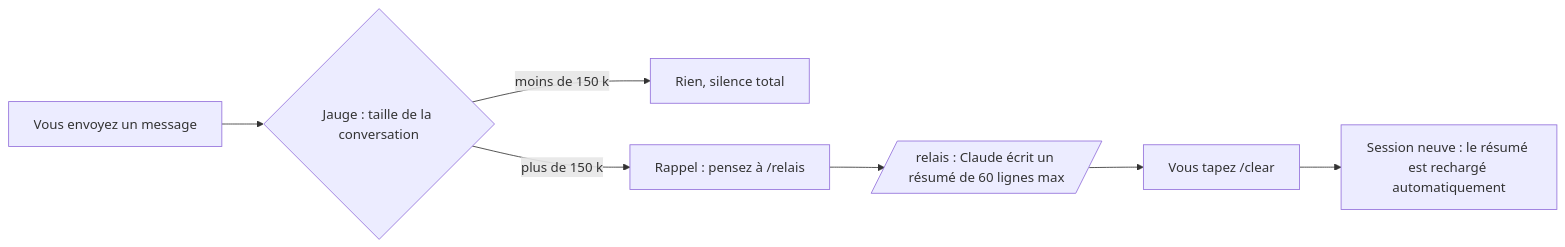
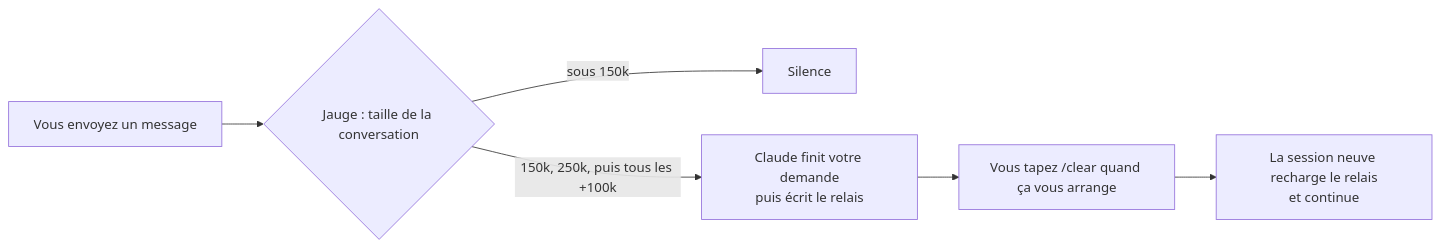
Before and after one commit to nathangerardeaux/claude-relais: the diagram in README.fr.md, drawn with Mermaid. The commit also changed other lines of this file and 90 other files, not shown here.

````diff
--- a/README.fr.md
+++ b/README.fr.md
@@ -71,9 +119,8 @@
 ```mermaid
 graph LR
   A[Vous envoyez un message] --> B{Jauge : taille de la conversation}
-  B -->|moins de 150 k| C[Rien, silence total]
-  B -->|plus de 150 k| D[Rappel : pensez à /relais]
-  D --> E[/relais : Claude écrit un résumé de 60 lignes max/]
-  E --> F[Vous tapez /clear]
-  F --> G[Session neuve : le résumé est rechargé automatiquement]
+  B -->|sous 150k| C[Silence]
+  B -->|150k, 250k, puis tous les +100k| D[Claude finit votre demande<br/>puis écrit le relais]
+  D --> E[Vous tapez /clear quand ça vous arrange]
+  E --> F[La session neuve recharge le relais<br/>et continue]
 ```
````
